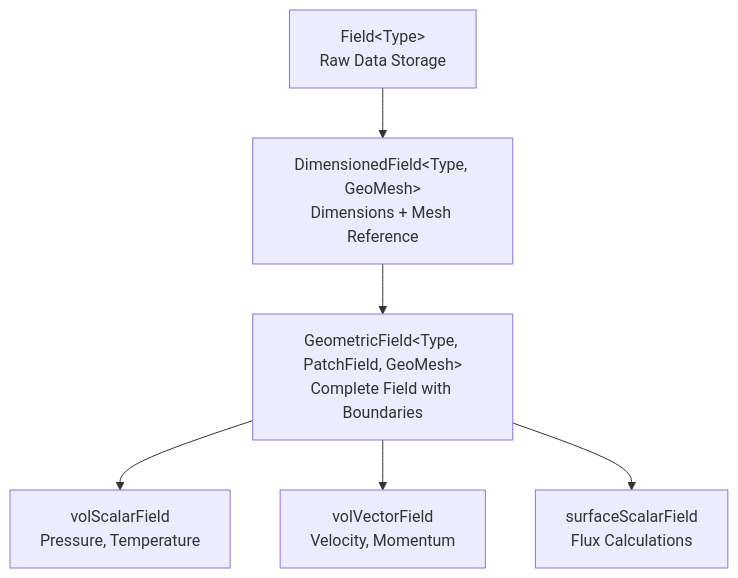
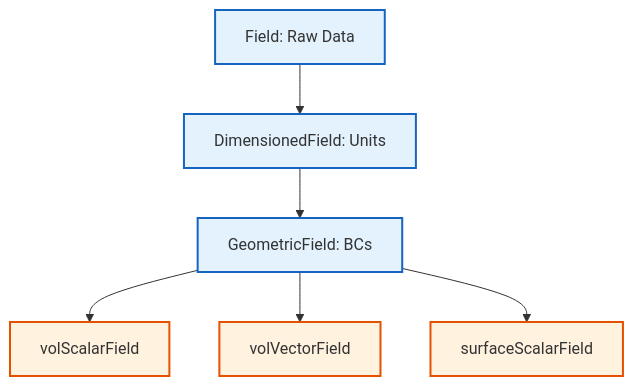
The third of 4 diagrams in MODULE_05_OPENFOAM_PROGRAMMING/CONTENT/07_TIME_DATABASES/07_Summary_and_Exercises.md (wramet/build-my-cfd), drawn with Mermaid before and after one commit. The commit also changed other lines of this file and 313 other files, not shown here.

Commit message:
Revise all diagram

````diff
--- a/MODULE_05_OPENFOAM_PROGRAMMING/CONTENT/07_TIME_DATABASES/07_Summary_and_Exercises.md
+++ b/MODULE_05_OPENFOAM_PROGRAMMING/CONTENT/07_TIME_DATABASES/07_Summary_and_Exercises.md
@@ -91,8 +77,12 @@
 ```mermaid
 flowchart TD
-    A[Field&lt;Type&gt;<br/>Raw Data Storage] --> B[DimensionedField&lt;Type, GeoMesh&gt;<br/>Dimensions + Mesh Reference]
-    B --> C[GeometricField&lt;Type, PatchField, GeoMesh&gt;<br/>Complete Field with Boundaries]
-    C --> D[volScalarField<br/>Pressure, Temperature]
-    C --> E[volVectorField<br/>Velocity, Momentum]
-    C --> F[surfaceScalarField<br/>Flux Calculations]
+%% Classes
+classDef explicit fill:#fff3e0,stroke:#e65100,stroke-width:2px;
+classDef implicit fill:#e3f2fd,stroke:#1565c0,stroke-width:2px;
+%% Nodes
+A[Field: Raw Data]:::implicit --> B[DimensionedField: Units]:::implicit
+B --> C[GeometricField: BCs]:::implicit
+C --> D[volScalarField]:::explicit
+C --> E[volVectorField]:::explicit
+C --> F[surfaceScalarField]:::explicit
 ```
````
